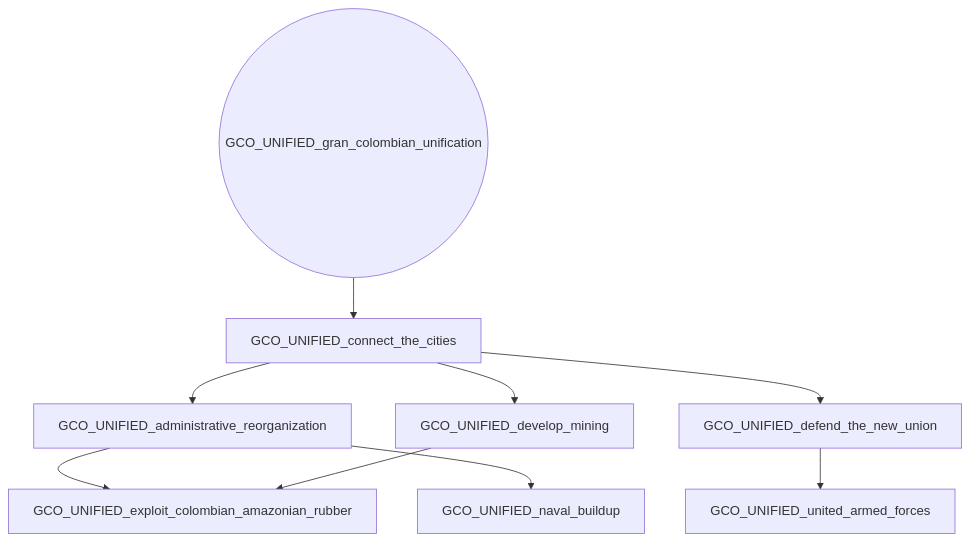
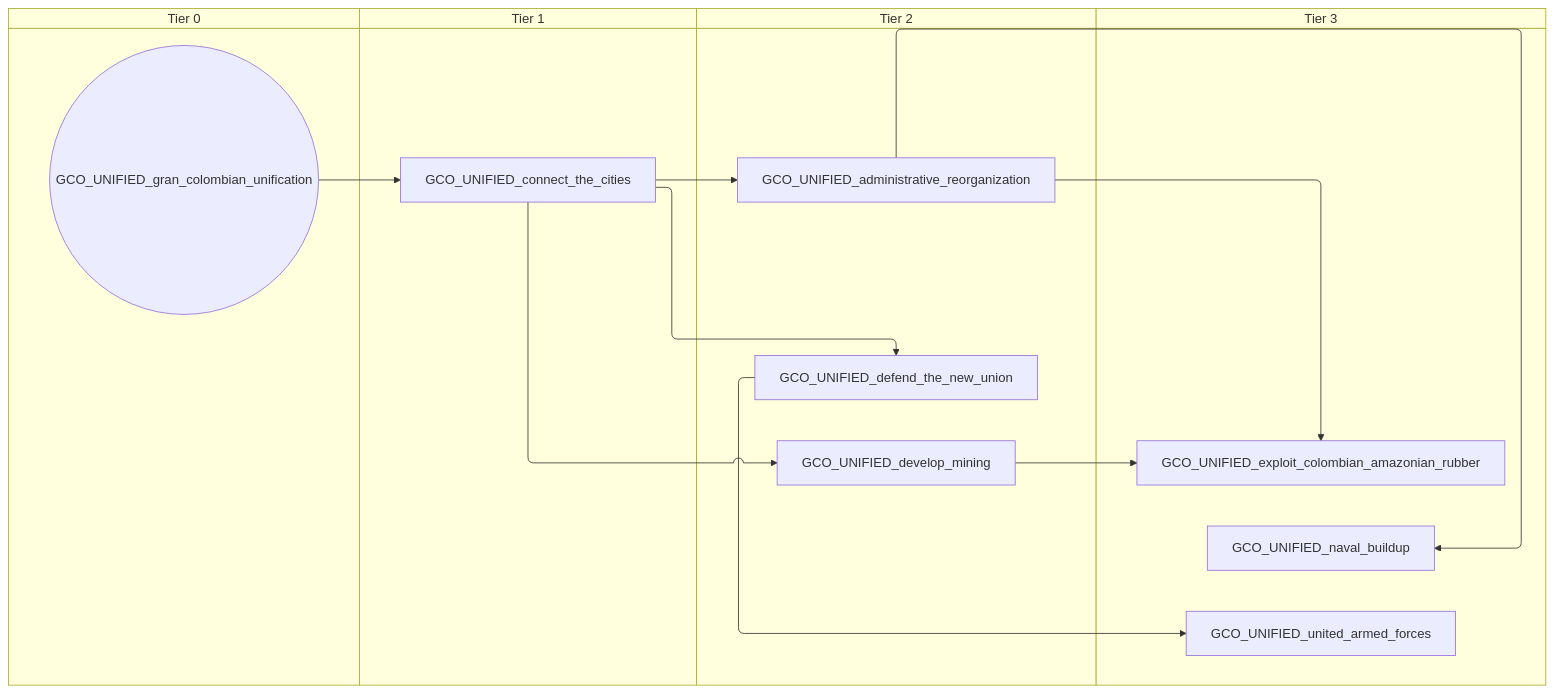
One commit to evgeny-sobol/hoi4-sandbox-mode-r56 changed the diagram in docs/gdd/National Focuses/r56_gran_colombia_shared.md. Above: the diagram before and after it, drawn with Mermaid. The commit also changed 423 other files, not shown here.

First line of the commit message:
Re-export Rt56 focus trees as swimlane diagrams

````diff
--- a/docs/gdd/National Focuses/r56_gran_colombia_shared.md
+++ b/docs/gdd/National Focuses/r56_gran_colombia_shared.md
@@ -3,19 +3,27 @@
 ```mermaid
-flowchart TD
-    n1["GCO_UNIFIED_administrative_reorganization"]
-    n2["GCO_UNIFIED_connect_the_cities"]
-    n3["GCO_UNIFIED_defend_the_new_union"]
-    n4["GCO_UNIFIED_develop_mining"]
-    n5["GCO_UNIFIED_exploit_colombian_amazonian_rubber"]
-    n6(("GCO_UNIFIED_gran_colombian_unification"))
-    n7["GCO_UNIFIED_naval_buildup"]
-    n8["GCO_UNIFIED_united_armed_forces"]
-    n2 --> n1
-    n6 --> n2
+swimlane-beta TD
+    subgraph tier_0["Tier 0"]
+        n1(("GCO_UNIFIED_gran_colombian_unification"))
+    end
+    subgraph tier_1["Tier 1"]
+        n2["GCO_UNIFIED_connect_the_cities"]
+    end
+    subgraph tier_2["Tier 2"]
+        n3["GCO_UNIFIED_administrative_reorganization"]
+        n4["GCO_UNIFIED_defend_the_new_union"]
+        n5["GCO_UNIFIED_develop_mining"]
+    end
+    subgraph tier_3["Tier 3"]
+        n6["GCO_UNIFIED_exploit_colombian_amazonian_rubber"]
+        n7["GCO_UNIFIED_naval_buildup"]
+        n8["GCO_UNIFIED_united_armed_forces"]
+    end
     n2 --> n3
+    n1 --> n2
     n2 --> n4
-    n1 --> n5
-    n4 --> n5
-    n1 --> n7
-    n3 --> n8
+    n2 --> n5
+    n3 --> n6
+    n5 --> n6
+    n3 --> n7
+    n4 --> n8
 ```
````
